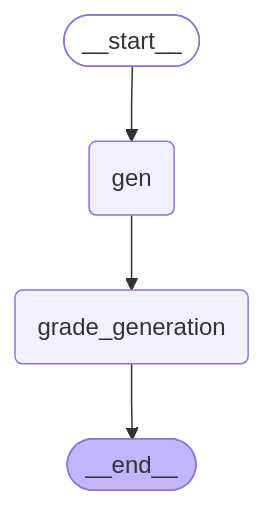
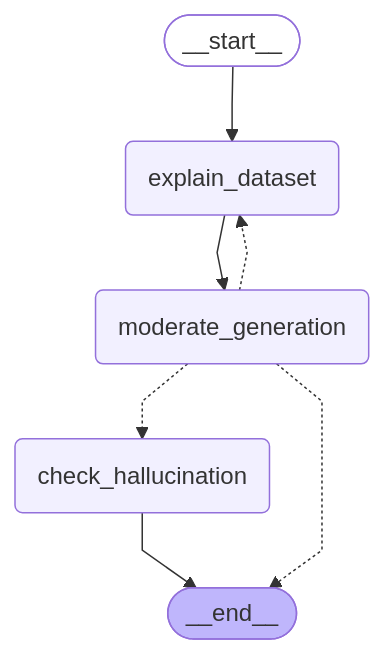
One commit to cjber/semantic-catalogue changed the second of 2 diagrams in reports/DOCS.qmd. Above: the diagram before and after it, drawn with Mermaid. The commit also changed other lines of this file and 1 other file, not shown here.

Commit message:
update graphs in report

````diff
--- a/reports/DOCS.qmd
+++ b/reports/DOCS.qmd
@@ -80,14 +82,18 @@
 ```{mermaid}
 %%{init: {'flowchart': {'curve': 'linear'}}}%%
 graph TD;
         __start__([__start__]):::first
-        gen(gen)
-        grade_generation(grade_generation)
+        explain_dataset(explain_dataset)
+        moderate_generation(moderate_generation)
+        check_hallucination(check_hallucination)
         __end__([__end__]):::last
-        __start__ --> gen;
-        gen --> grade_generation;
-        grade_generation --> __end__;
+        __start__ --> explain_dataset;
+        check_hallucination --> __end__;
+        explain_dataset --> moderate_generation;
+        moderate_generation -.-> explain_dataset;
+        moderate_generation -.-> check_hallucination;
+        moderate_generation -.-> __end__;
         classDef default fill:#f2f0ff,line-height:1.2
         classDef first fill-opacity:0
         classDef last fill:#bfb6fc
 ```
````
